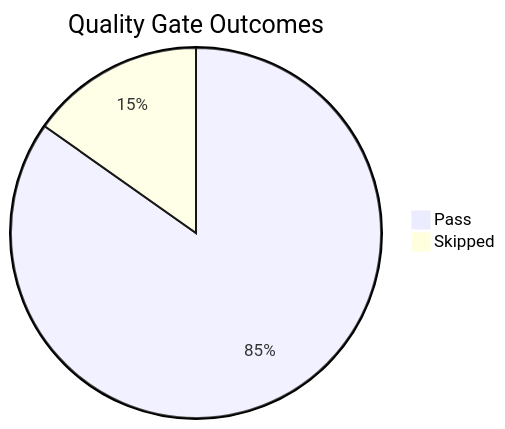
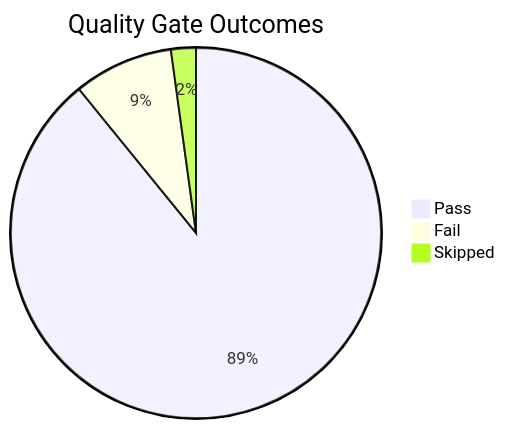
One commit to yeongseon/azure-app-service-practical-guide changed the diagram in docs/meta/golden-status.md. Above: the diagram before and after it, drawn with Mermaid. The commit also changed other lines of this file and 1 other file, not shown here.

````diff
--- a/docs/meta/golden-status.md
+++ b/docs/meta/golden-status.md
@@ -44,5 +42,6 @@
 ```mermaid
 pie title Quality Gate Outcomes
-    "Pass" : 39
-    "Skipped" : 7
+    "Pass" : 41
+    "Fail" : 4
+    "Skipped" : 1
 ```
````
